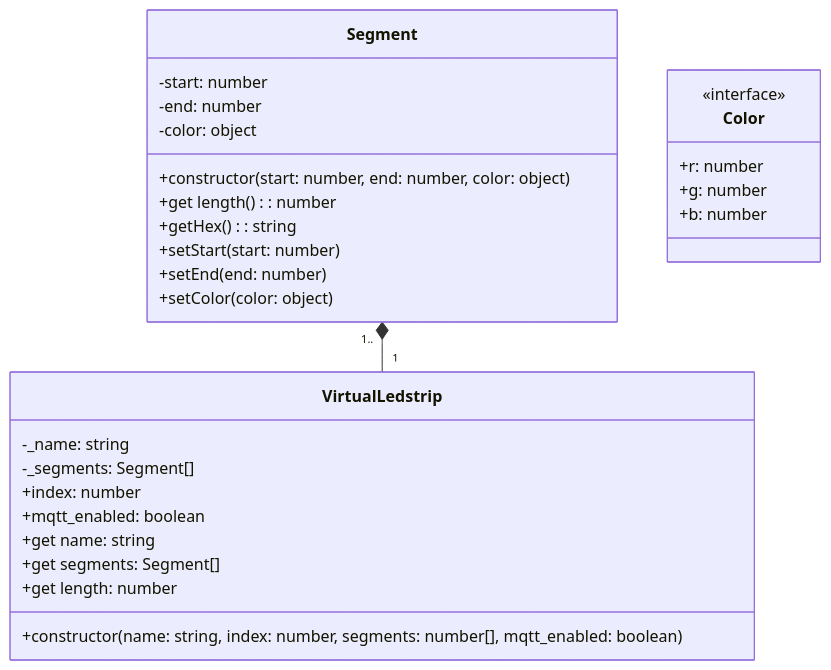
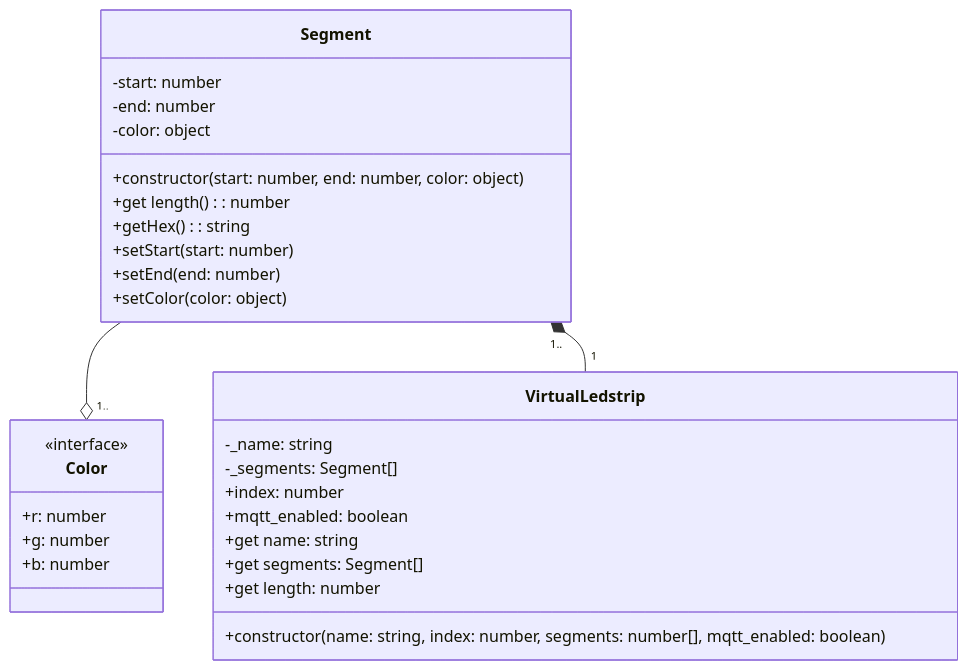
One commit to vives-project-xp/InteractiveCorridor changed the diagram in Backend/README.md. Above: the diagram before and after it, drawn with Mermaid.

Commit message:
Set Segment relationship with Color

````diff
--- a/Backend/README.md
+++ b/Backend/README.md
@@ -5,35 +5,36 @@
 ```mermaid
 classDiagram
 
 class Segment {
     -start: number
     -end: number
     -color: object
     +constructor(start: number, end: number, color: object)
     +get length(): number
     +getHex(): string
     +setStart(start: number)
     +setEnd(end: number)
     +setColor(color: object)
 }
 
 class Color {
     <<interface>>
     +r: number
     +g: number
     +b: number
 }
 
 class VirtualLedstrip{
     -_name: string
     -_segments: Segment[]
     +index: number
     +mqtt_enabled: boolean
     +get name: string
     +get segments: Segment[]
     +get length: number
     +constructor(name: string, index: number, segments: number[], mqtt_enabled: boolean)
 }
 
+Segment --o "1.." Color
 Segment "1.." *-- "1" VirtualLedstrip
 ```
````
